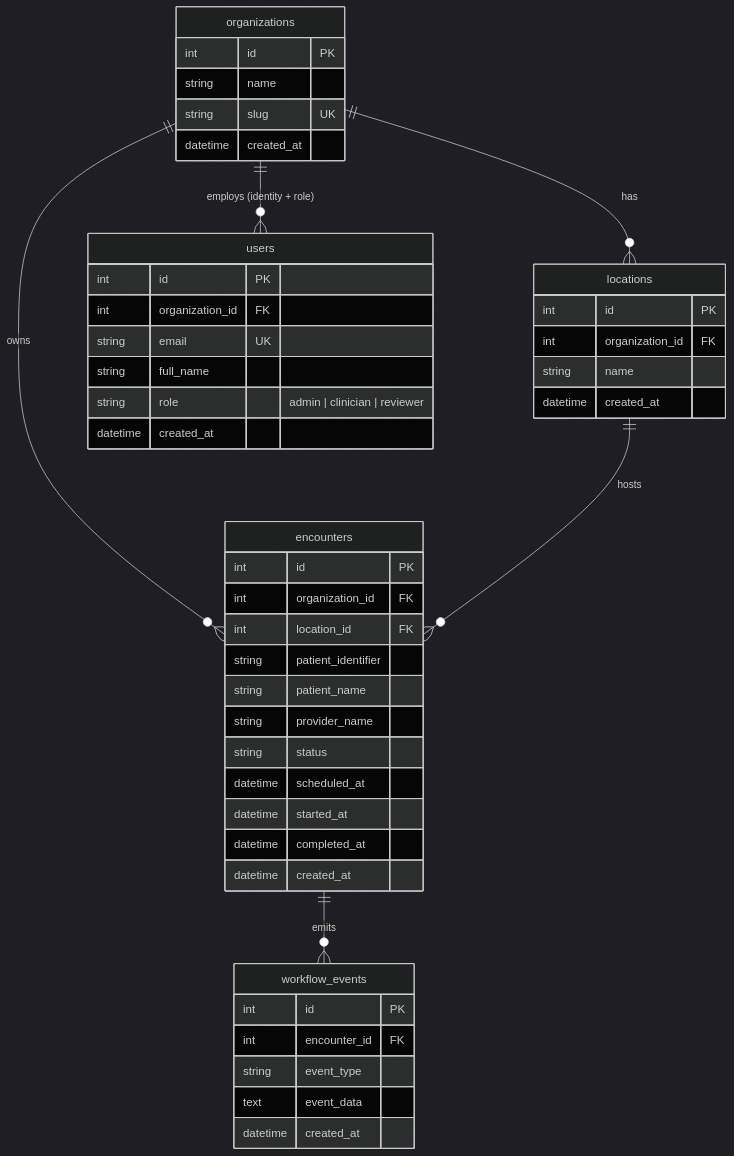
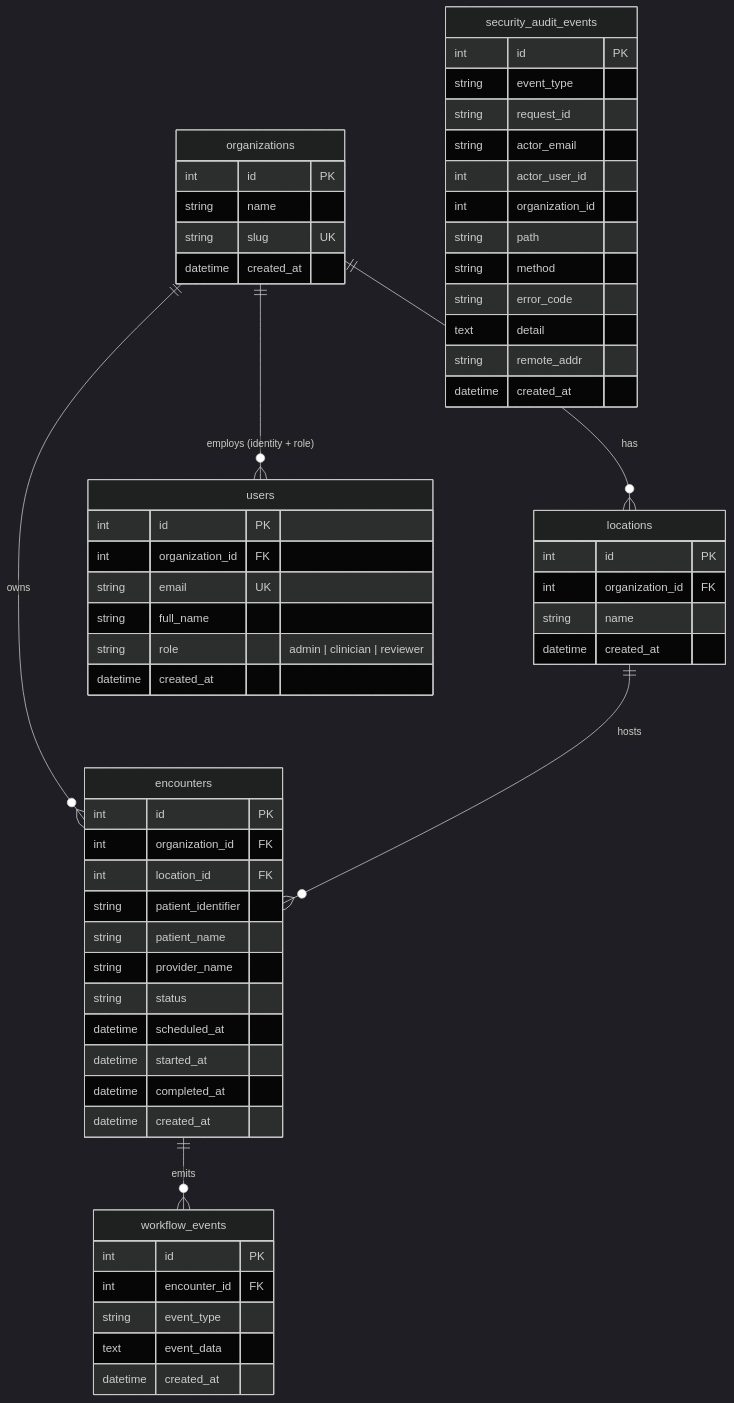
Before and after one commit to thekidd2227/chartnav-platform: the diagram in docs/diagrams/er-diagram.md, drawn with Mermaid (dark theme). The commit also changed 25 other files, not shown here.

````diff
--- a/docs/diagrams/er-diagram.md
+++ b/docs/diagrams/er-diagram.md
@@ -3,49 +3,64 @@
 ```mermaid
 erDiagram
   organizations ||--o{ locations        : "has"
   organizations ||--o{ users            : "employs (identity + role)"
   organizations ||--o{ encounters       : "owns"
   locations     ||--o{ encounters       : "hosts"
   encounters    ||--o{ workflow_events  : "emits"
+
+  security_audit_events {
+    int id PK
+    string event_type
+    string request_id
+    string actor_email
+    int actor_user_id
+    int organization_id
+    string path
+    string method
+    string error_code
+    text detail
+    string remote_addr
+    datetime created_at
+  }
 
   organizations {
     int id PK
     string name
     string slug UK
     datetime created_at
   }
   locations {
     int id PK
     int organization_id FK
     string name
     datetime created_at
   }
   users {
     int id PK
     int organization_id FK
     string email UK
     string full_name
     string role "admin | clinician | reviewer"
     datetime created_at
   }
   encounters {
     int id PK
     int organization_id FK
     int location_id FK
     string patient_identifier
     string patient_name
     string provider_name
     string status
     datetime scheduled_at
     datetime started_at
     datetime completed_at
     datetime created_at
   }
   workflow_events {
     int id PK
     int encounter_id FK
     string event_type
     text event_data
     datetime created_at
   }
 ```
````
